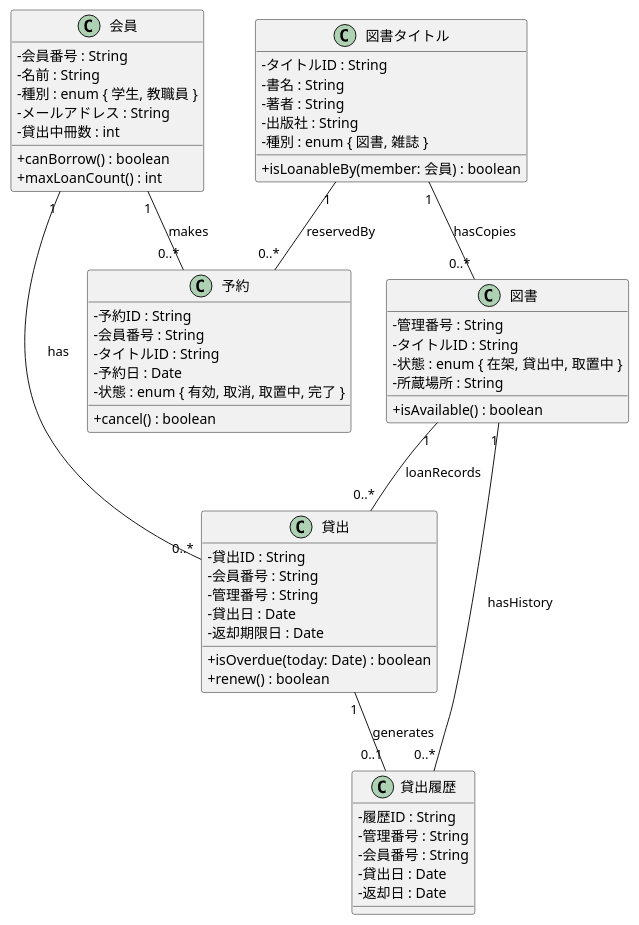
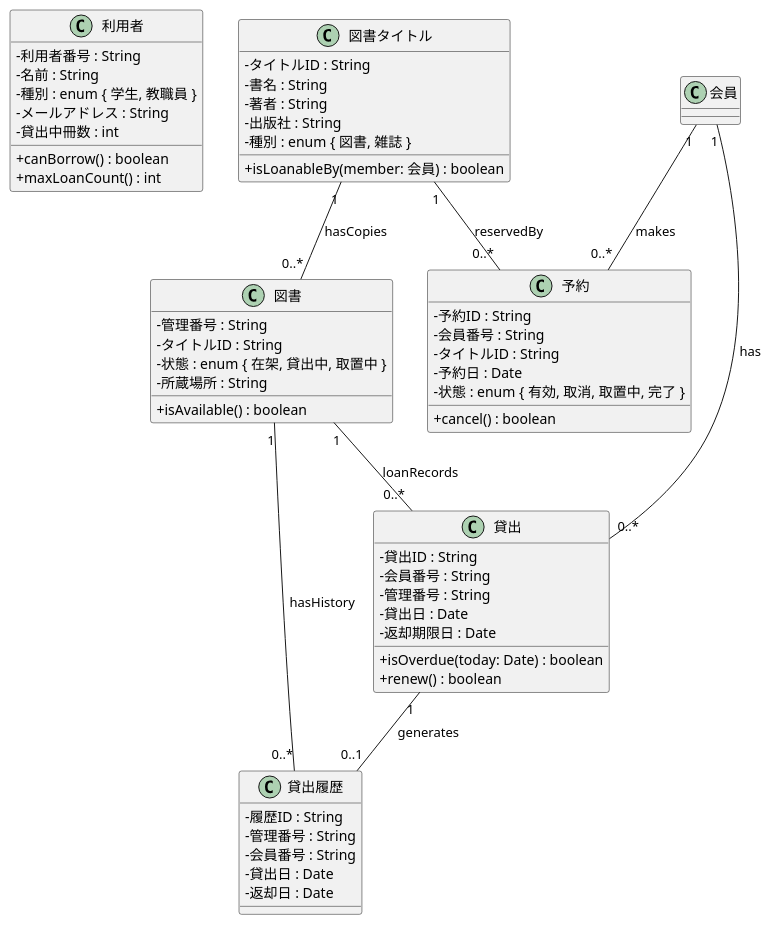
Before and after one commit to ghbuser12/ohara_uml: the diagram in kouka2_library/class.pu, drawn with PlantUML.

```diff
--- a/kouka2_library/class.pu
+++ b/kouka2_library/class.pu
@@ -1,68 +1,68 @@
 @startuml kouka2_library
 skinparam classAttributeIconSize 0
 
-class 会員 {
-  - 会員番号 : String
+class 利用者 {
+  - 利用者番号 : String
   - 名前 : String
   - 種別 : enum { 学生, 教職員 }
   - メールアドレス : String
   - 貸出中冊数 : int
   + canBorrow() : boolean
   + maxLoanCount() : int
 }
 
 class 図書タイトル {
   - タイトルID : String
   - 書名 : String
   - 著者 : String
   - 出版社 : String
   - 種別 : enum { 図書, 雑誌 }
   + isLoanableBy(member: 会員) : boolean
 }
 
 class 図書 {
   ' 本1冊を表す（所蔵単位）
   - 管理番号 : String
   - タイトルID : String
   - 状態 : enum { 在架, 貸出中, 取置中 }
   - 所蔵場所 : String
   + isAvailable() : boolean
 }
 
 class 貸出 {
   - 貸出ID : String
   - 会員番号 : String
   - 管理番号 : String
   - 貸出日 : Date
   - 返却期限日 : Date
   + isOverdue(today: Date) : boolean
   + renew() : boolean
 }
 
 class 予約 {
   - 予約ID : String
   - 会員番号 : String
   - タイトルID : String
   - 予約日 : Date
   - 状態 : enum { 有効, 取消, 取置中, 完了 }
   + cancel() : boolean
 }
 
 class 貸出履歴 {
   - 履歴ID : String
   - 管理番号 : String
   - 会員番号 : String
   - 貸出日 : Date
   - 返却日 : Date
 }
 
 ' 関連
 会員 "1" -- "0..*" 貸出 : has
 会員 "1" -- "0..*" 予約 : makes
 図書タイトル "1" -- "0..*" 図書 : hasCopies
 図書タイトル "1" -- "0..*" 予約 : reservedBy
 図書 "1" -- "0..*" 貸出 : loanRecords
 図書 "1" -- "0..*" 貸出履歴 : hasHistory
 貸出 "1" -- "0..1" 貸出履歴 : generates
 
 @enduml
```
